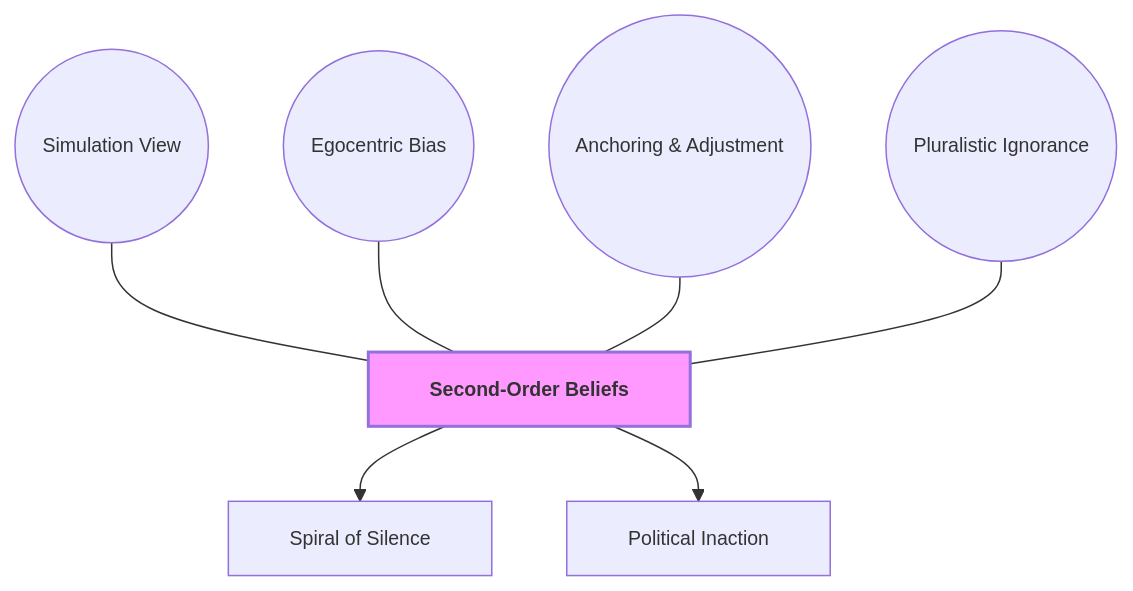
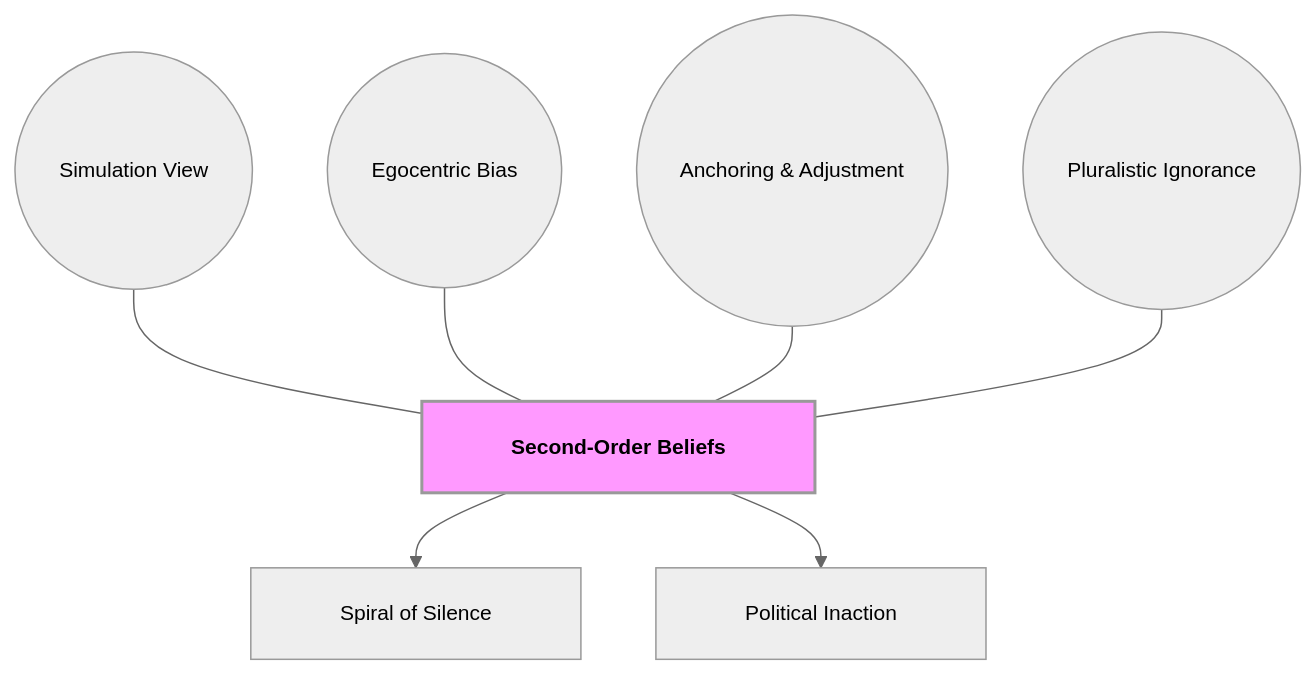
One commit to GM024/CourseSummaries changed the second of 7 diagrams in Communication_Influence/Mastery_Guide_SOW_BS033.md. Above: the diagram before and after it, drawn with Mermaid. The commit also changed other lines of this file, not shown here.

Commit message:
Final GitHub-Bulletproof Encyclopedia: Fixed alignment, 14px native font, and 150w+ APA Figure descriptions

````diff
--- a/Communication_Influence/Mastery_Guide_SOW_BS033.md
+++ b/Communication_Influence/Mastery_Guide_SOW_BS033.md
@@ -77,15 +68,15 @@
 ```mermaid
-%%{init: { 'flowchart': { 'padding': 15, 'nodeSpacing': 50, 'rankSpacing': 50, 'curve': 'basis' }, 'themeVariables': { 'fontSize': '13px' }}}%%
+%%{init: { 'flowchart': { 'padding': 20, 'nodeSpacing': 50, 'rankSpacing': 50, 'useMaxWidth': false }, 'theme': 'neutral', 'themeVariables': { 'fontSize': '14px' }}}%%
 graph TD
-    Hub["&nbsp;&nbsp; Second-Order Beliefs &nbsp;&nbsp;"]:::hubNode
+    Hub["&nbsp;&nbsp;&nbsp;&nbsp; Second-Order Beliefs &nbsp;&nbsp;&nbsp;&nbsp;"]:::hubNode
     
-    S1(("&nbsp;&nbsp; Simulation View &nbsp;&nbsp;")) --- Hub
-    S2(("&nbsp;&nbsp; Egocentric Bias &nbsp;&nbsp;")) --- Hub
-    S3(("&nbsp;&nbsp; Anchoring & Adjustment &nbsp;&nbsp;")) --- Hub
-    S4(("&nbsp;&nbsp; Pluralistic Ignorance &nbsp;&nbsp;")) --- Hub
+    S1(("&nbsp;&nbsp;&nbsp;&nbsp; Simulation View &nbsp;&nbsp;&nbsp;&nbsp;")) --- Hub
+    S2(("&nbsp;&nbsp;&nbsp;&nbsp; Egocentric Bias &nbsp;&nbsp;&nbsp;&nbsp;")) --- Hub
+    S3(("&nbsp;&nbsp;&nbsp;&nbsp; Anchoring & Adjustment &nbsp;&nbsp;&nbsp;&nbsp;")) --- Hub
+    S4(("&nbsp;&nbsp;&nbsp;&nbsp; Pluralistic Ignorance &nbsp;&nbsp;&nbsp;&nbsp;")) --- Hub
     
-    Hub --> B1["&nbsp;&nbsp; Spiral of Silence &nbsp;&nbsp;"]
-    Hub --> B2["&nbsp;&nbsp; Political Inaction &nbsp;&nbsp;"]
+    Hub --> B1["&nbsp;&nbsp;&nbsp;&nbsp; Spiral of Silence &nbsp;&nbsp;&nbsp;&nbsp;"]
+    Hub --> B2["&nbsp;&nbsp;&nbsp;&nbsp; Political Inaction &nbsp;&nbsp;&nbsp;&nbsp;"]
     
     classDef hubNode font-weight:bold,stroke-width:2px,fill:#f9f;
 ```
````
